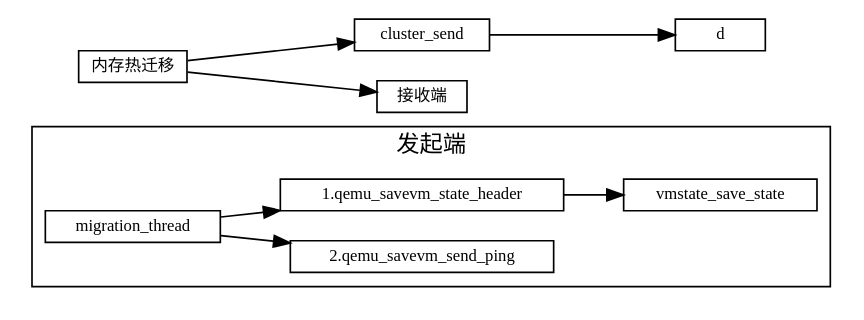
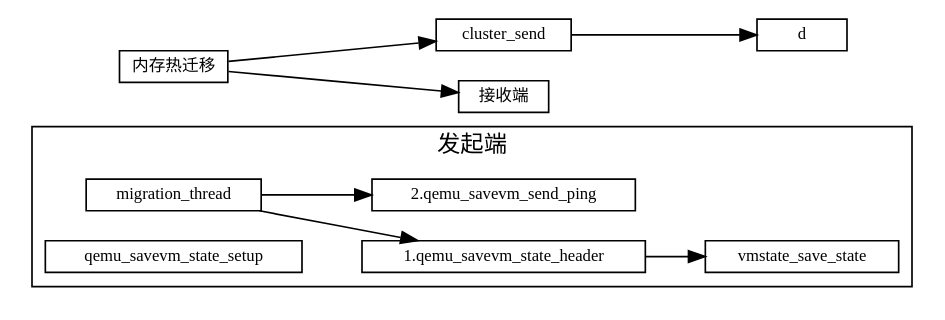
The diagram in 虚拟化/热迁移/1-内存热迁移.md (sisyphus1212/note), drawn with Graphviz before and after one commit.

Commit message:
auto_update

````diff
--- a/虚拟化/热迁移/1-内存热迁移.md
+++ b/虚拟化/热迁移/1-内存热迁移.md
@@ -11,22 +11,24 @@
 ```graphviz
 digraph 热迁移 {
 fontname="Helvetica,Arial,sans-serif"
 //node [fontname="Helvetica,Arial,sans-serif"]
 edge [fontname="Helvetica,Arial,sans-serif"]
 rankdir="LR"
 node [fontsize=10, shape=box, height=0.25]
 edge [fontsize=10]
 
   subgraph cluster_send {
     label="发起端";
+    migration_thread -> "1.qemu_savevm_state_header" -> vmstate_save_state
     migration_thread -> "2.qemu_savevm_send_ping";
-    migration_thread -> "1.qemu_savevm_state_header" -> vmstate_save_state
+
+    qemu_savevm_state_setup
   }
 
 内存热迁移 [label="内存热迁移"]
 内存热迁移 -> cluster_send
            -> d
 
 内存热迁移 -> 接收端
 }
 ```
````
